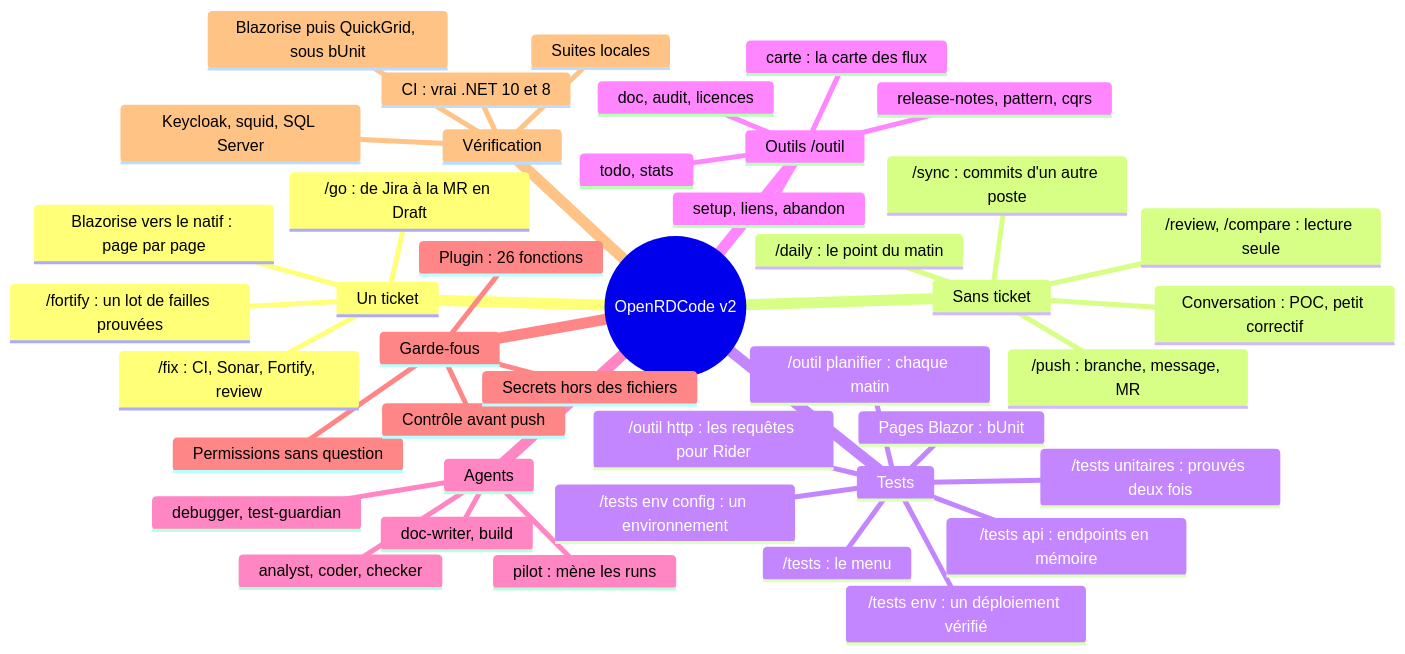
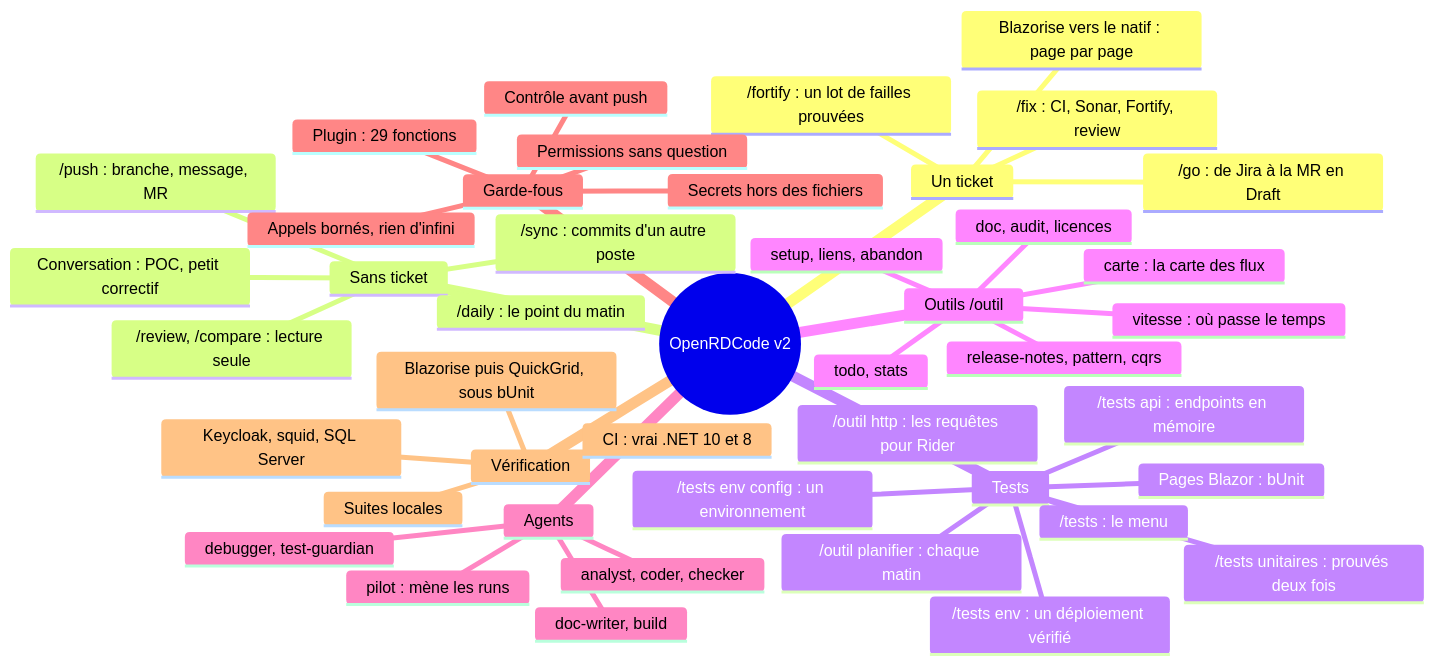
The second of 7 diagrams in opencode-v2/README.md (RabieDerouiche/OpenRDCode), drawn with Mermaid before and after one commit. The commit also changed other lines of this file and 22 other files, not shown here.

````diff
--- a/opencode-v2/README.md
+++ b/opencode-v2/README.md
@@ -93,45 +94,47 @@
 ```mermaid
 mindmap
   root((OpenRDCode v2))
     Un ticket
       /go : de Jira à la MR en Draft
       /fix : CI, Sonar, Fortify, review
       /fortify : un lot de failles prouvées
       Blazorise vers le natif : page par page
     Sans ticket
       Conversation : POC, petit correctif
       /push : branche, message, MR
       /sync : commits d'un autre poste
       /daily : le point du matin
       /review, /compare : lecture seule
     Tests
       /tests : le menu
       /tests unitaires : prouvés deux fois
       Pages Blazor : bUnit
       /tests api : endpoints en mémoire
       /tests env config : un environnement
       /tests env : un déploiement vérifié
       /outil http : les requêtes pour Rider
       /outil planifier : chaque matin
     Outils /outil
       doc, audit, licences
       release-notes, pattern, cqrs
       setup, liens, abandon
       todo, stats
       carte : la carte des flux
+      vitesse : où passe le temps
     Agents
       pilot : mène les runs
       analyst, coder, checker
       debugger, test-guardian
       doc-writer, build
     Garde-fous
-      Plugin : 26 fonctions
+      Plugin : 29 fonctions
+      Appels bornés, rien d'infini
       Permissions sans question
       Contrôle avant push
       Secrets hors des fichiers
     Vérification
       Suites locales
       CI : vrai .NET 10 et 8
       Keycloak, squid, SQL Server
       Blazorise puis QuickGrid, sous bUnit
 ```
````
